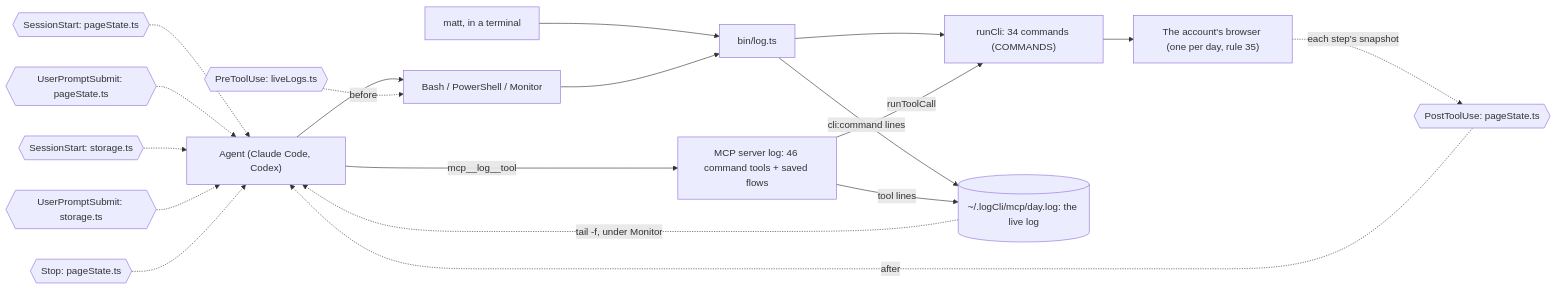
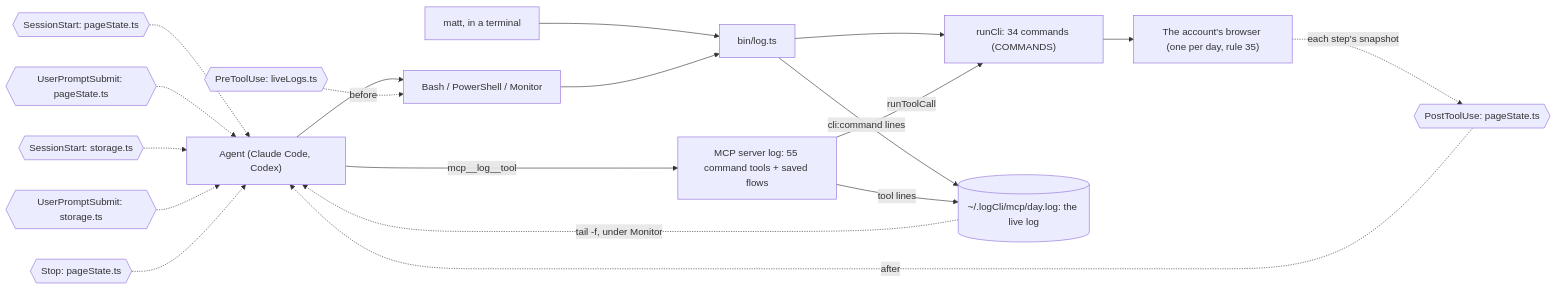
One commit to matthewdonsemail-lab/log changed the diagram in docs/diagrams/surface.mmd. Above: the diagram before and after it, drawn with Mermaid. The commit also changed 45 other files, not shown here.

Commit message:
feat: MCP tool annotations and separate live tools (Duet plan step 2)

```diff
--- a/docs/diagrams/surface.mmd
+++ b/docs/diagrams/surface.mmd
@@ -1,29 +1,29 @@
 %% How a call reaches log-cli. From a shell or over MCP, both run the same commands through `runCli`, write the same live log, and pass through the same hooks.
 %% Written by `bun run docs:build` from the code (rule 56). Not edited by hand.
 flowchart LR
   agent["Agent (Claude Code, Codex)"]
   matt["matt, in a terminal"]
   shell["Bash / PowerShell / Monitor"]
-  mcp["MCP server log: 46 command tools + saved flows"]
+  mcp["MCP server log: 55 command tools + saved flows"]
   bin["bin/log.ts"]
   runCli["runCli: 34 commands (COMMANDS)"]
   live[("~/.logCli/mcp/day.log: the live log")]
   browser["The account's browser (one per day, rule 35)"]
   agent --> shell
   matt --> bin
   shell --> bin
   agent -->|mcp__log__tool| mcp
   bin --> runCli
   mcp -->|runToolCall| runCli
   runCli --> browser
   bin -->|cli:command lines| live
   mcp -->|tool lines| live
   live -.->|tail -f, under Monitor| agent
   pre0{{"PreToolUse: liveLogs.ts"}} -.->|before| shell
   post0{{"PostToolUse: pageState.ts"}} -.->|after| agent
   turn0{{"SessionStart: pageState.ts"}} -.-> agent
   turn1{{"UserPromptSubmit: pageState.ts"}} -.-> agent
   turn2{{"SessionStart: storage.ts"}} -.-> agent
   turn3{{"UserPromptSubmit: storage.ts"}} -.-> agent
   turn4{{"Stop: pageState.ts"}} -.-> agent
   browser -.->|each step's snapshot| post0
```
